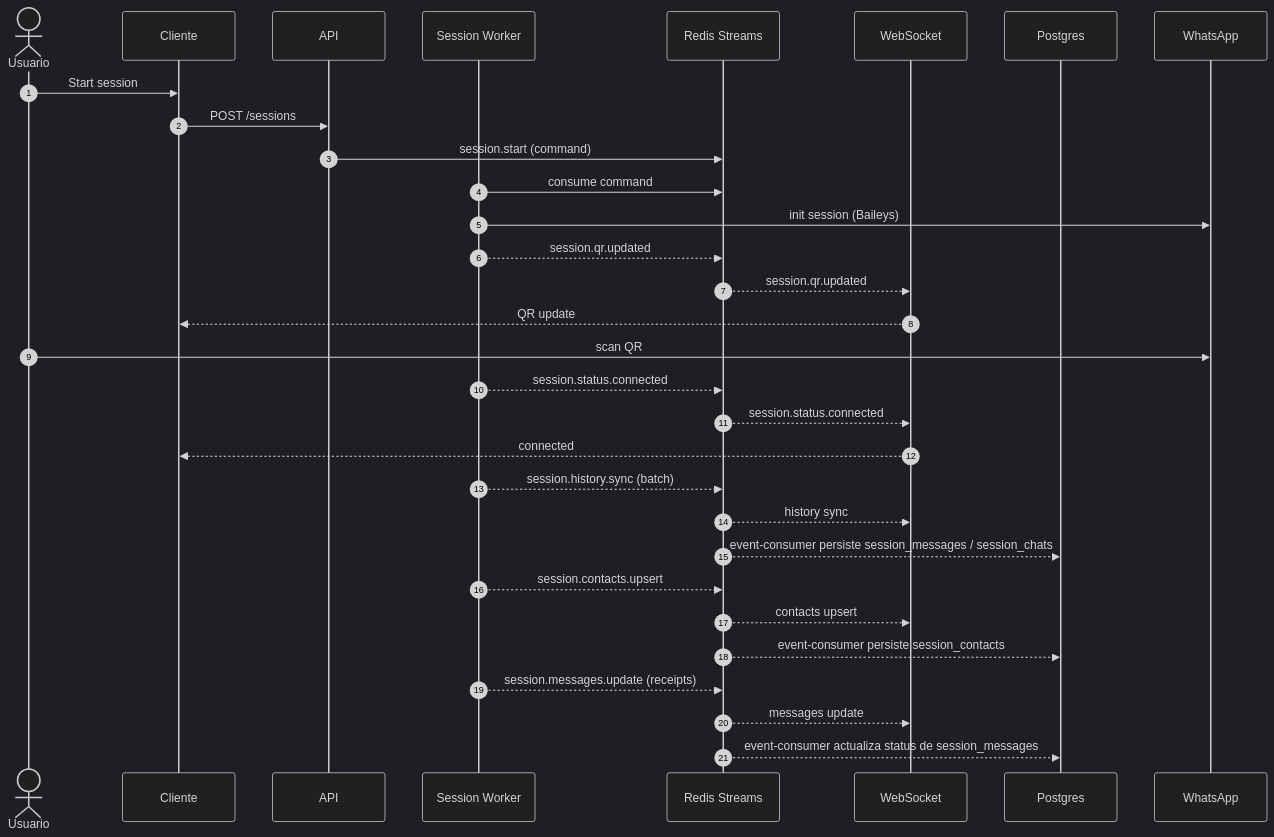
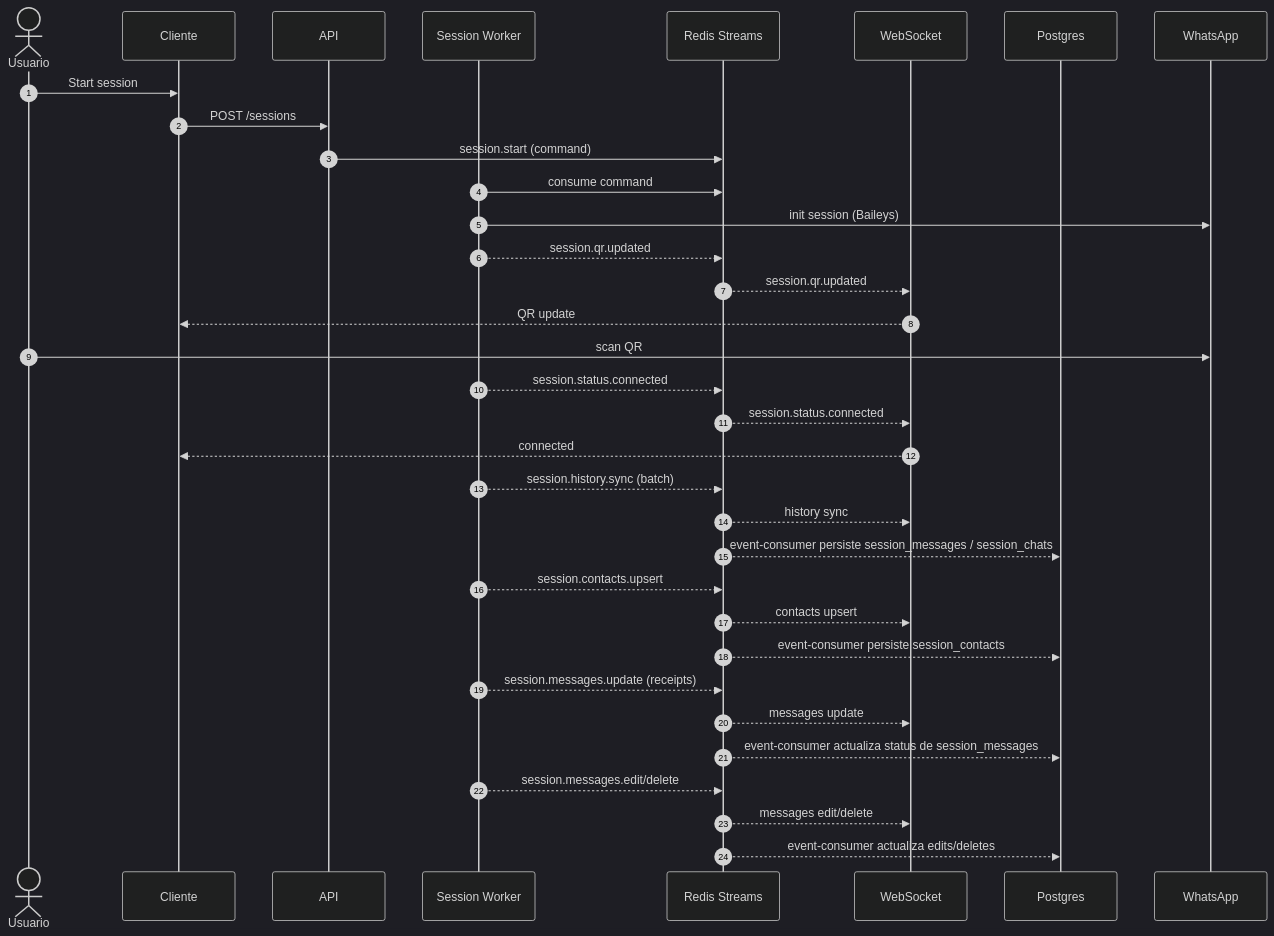
The fourth of 5 diagrams in docs/flow.md (werpoz/anna), drawn with Mermaid (dark theme) before and after one commit. The commit also changed other lines of this file and 35 other files, not shown here.

````diff
--- a/docs/flow.md
+++ b/docs/flow.md
@@ -139,34 +419,37 @@
 ```mermaid
 sequenceDiagram
   autonumber
   actor User as Usuario
   participant Client as Cliente
   participant API as API
   participant Worker as Session Worker
   participant Redis as Redis Streams
   participant WS as WebSocket
   participant DB as Postgres
   participant WA as WhatsApp
 
   User->>Client: Start session
   Client->>API: POST /sessions
   API->>Redis: session.start (command)
   Worker->>Redis: consume command
   Worker->>WA: init session (Baileys)
   Worker-->>Redis: session.qr.updated
   Redis-->>WS: session.qr.updated
   WS-->>Client: QR update
   User->>WA: scan QR
   Worker-->>Redis: session.status.connected
   Redis-->>WS: session.status.connected
   WS-->>Client: connected
   Worker-->>Redis: session.history.sync (batch)
   Redis-->>WS: history sync
   Redis-->>DB: event-consumer persiste session_messages / session_chats
   Worker-->>Redis: session.contacts.upsert
   Redis-->>WS: contacts upsert
   Redis-->>DB: event-consumer persiste session_contacts
   Worker-->>Redis: session.messages.update (receipts)
   Redis-->>WS: messages update
   Redis-->>DB: event-consumer actualiza status de session_messages
+  Worker-->>Redis: session.messages.edit/delete
+  Redis-->>WS: messages edit/delete
+  Redis-->>DB: event-consumer actualiza edits/deletes
 ```
````
